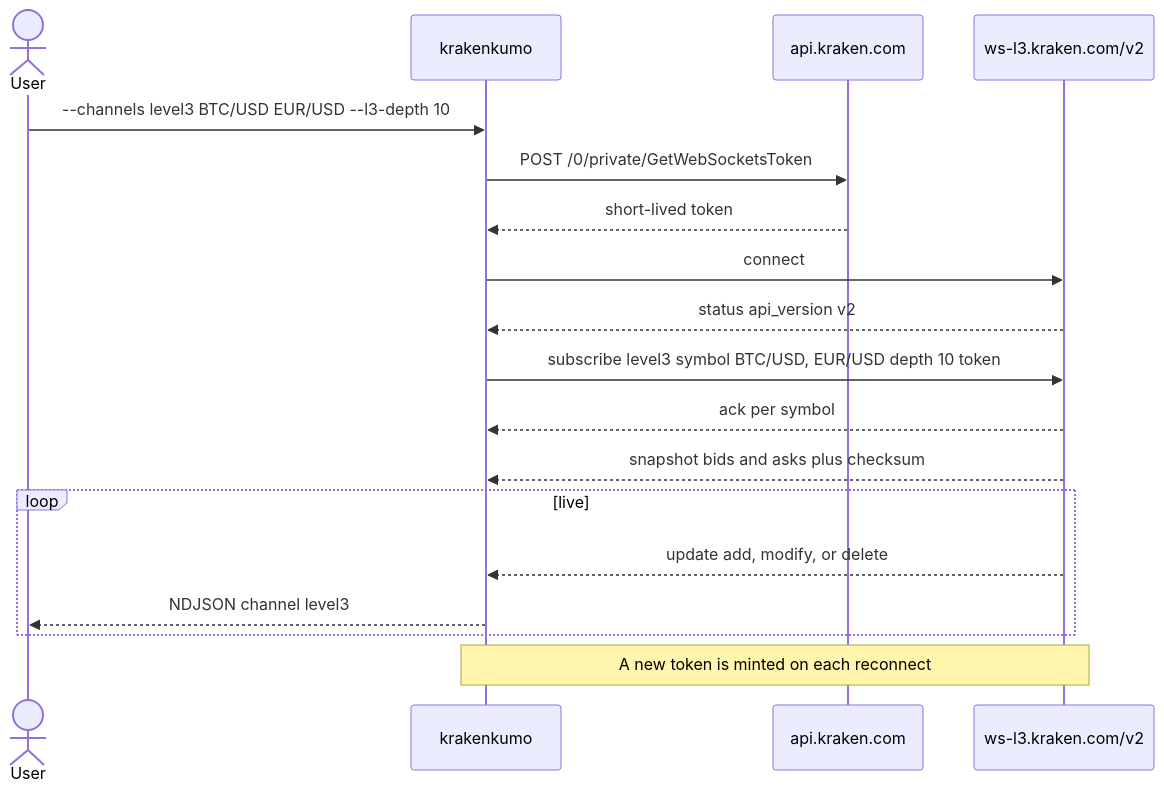
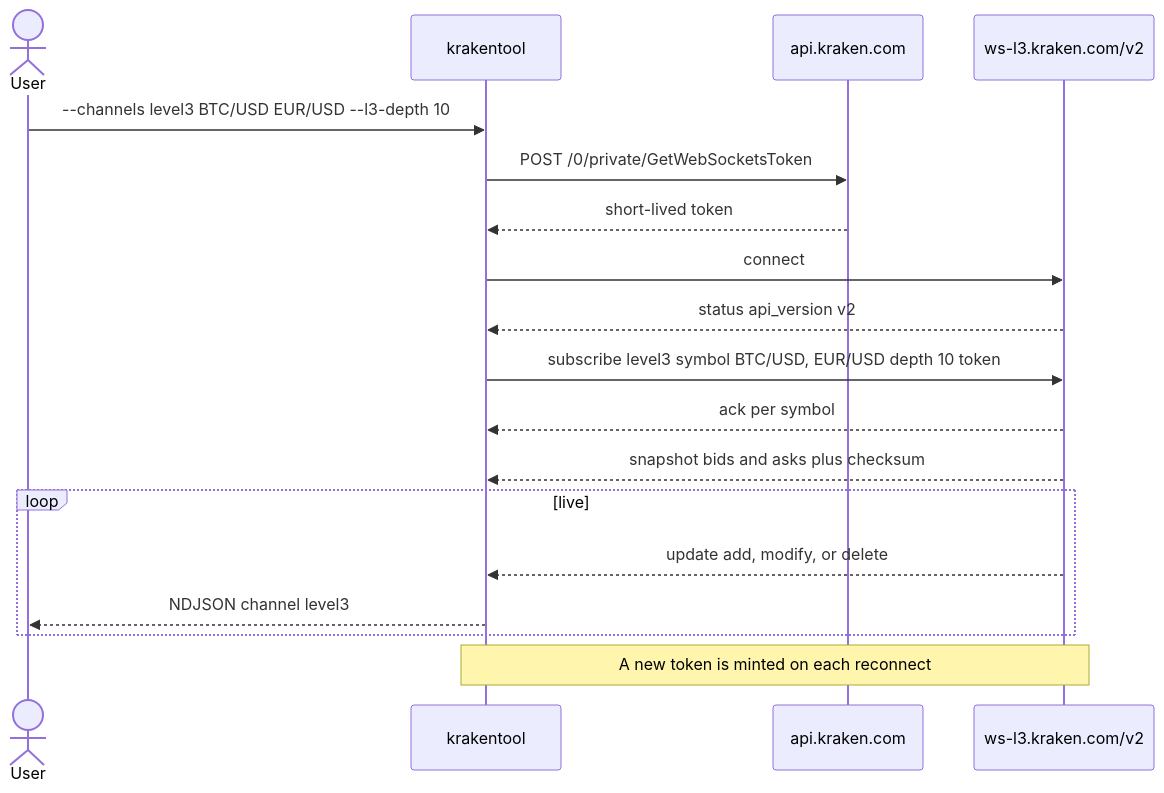
The third of 4 diagrams in docs/FEATURES.md (aifintech-do/krakenkumo), drawn with Mermaid before and after one commit. The commit also changed other lines of this file and 18 other files, not shown here.

Commit message:
Rename krakenkumo to krakentool across the package, command, and docs.

````diff
--- a/docs/FEATURES.md
+++ b/docs/FEATURES.md
@@ -132,21 +132,21 @@
 ```mermaid
 sequenceDiagram
   actor User
-  participant CLI as krakenkumo
+  participant CLI as krakentool
   participant REST as api.kraken.com
   participant L3 as ws-l3.kraken.com/v2
 
   User->>CLI: --channels level3 BTC/USD EUR/USD --l3-depth 10
   CLI->>REST: POST /0/private/GetWebSocketsToken
   REST-->>CLI: short-lived token
   CLI->>L3: connect
   L3-->>CLI: status api_version v2
   CLI->>L3: subscribe level3 symbol BTC/USD, EUR/USD depth 10 token
   L3-->>CLI: ack per symbol
   L3-->>CLI: snapshot bids and asks plus checksum
   loop live
     L3-->>CLI: update add, modify, or delete
     CLI-->>User: NDJSON channel level3
   end
   Note over CLI,L3: A new token is minted on each reconnect
 ```
````
